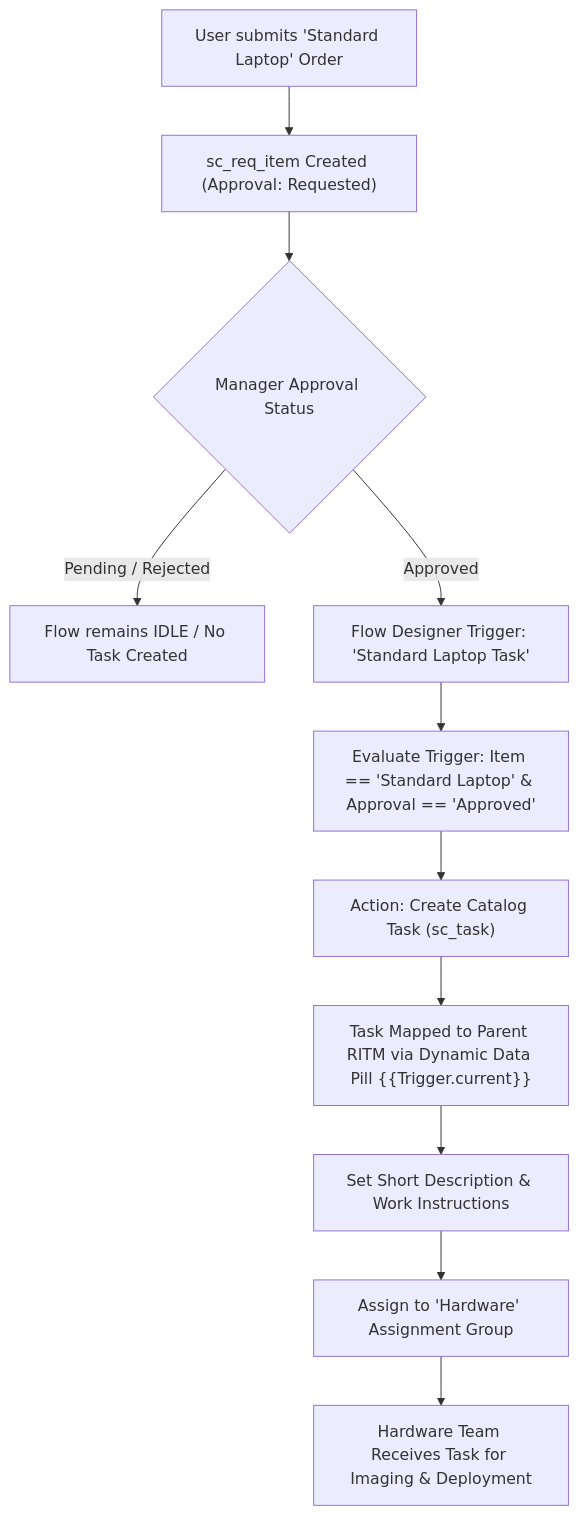
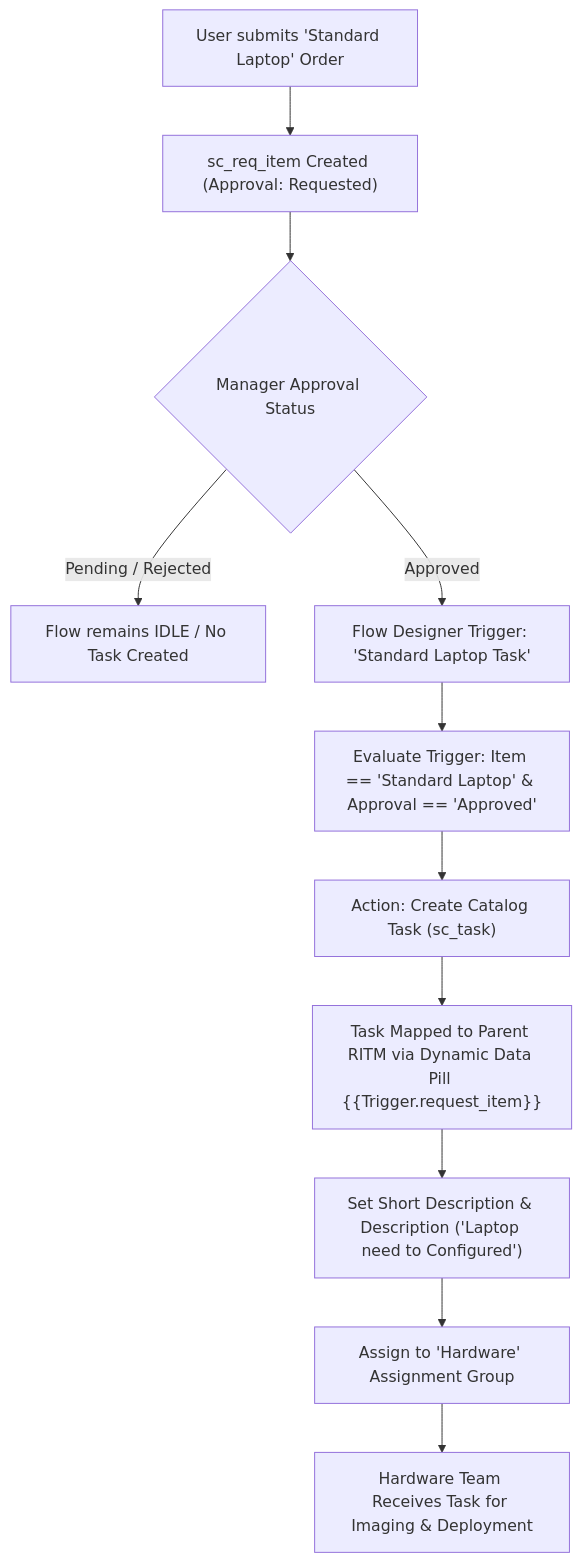
The diagram in README.md (RAKKI-25/Streamlining-IT-Procurement-Automating-Standard-Laptop-Orders-with-Flow-Designer), drawn with Mermaid before and after one commit. The commit also changed other lines of this file and 3 other files, not shown here.

````diff
--- a/README.md
+++ b/README.md
@@ -29,13 +30,13 @@
 ```mermaid
 flowchart TD
     A["User submits 'Standard Laptop' Order"] --> B["sc_req_item Created (Approval: Requested)"]
     B --> C{"Manager Approval Status"}
     C -- "Pending / Rejected" --> D["Flow remains IDLE / No Task Created"]
     C -- "Approved" --> E["Flow Designer Trigger: 'Standard Laptop Task'"]
     E --> F["Evaluate Trigger: Item == 'Standard Laptop' & Approval == 'Approved'"]
     F --> G["Action: Create Catalog Task (sc_task)"]
-    G --> H["Task Mapped to Parent RITM via Dynamic Data Pill {{Trigger.current}}"]
-    H --> I["Set Short Description & Work Instructions"]
+    G --> H["Task Mapped to Parent RITM via Dynamic Data Pill {{Trigger.request_item}}"]
+    H --> I["Set Short Description & Description ('Laptop need to Configured')"]
     I --> J["Assign to 'Hardware' Assignment Group"]
     J --> K["Hardware Team Receives Task for Imaging & Deployment"]
 ```
````
